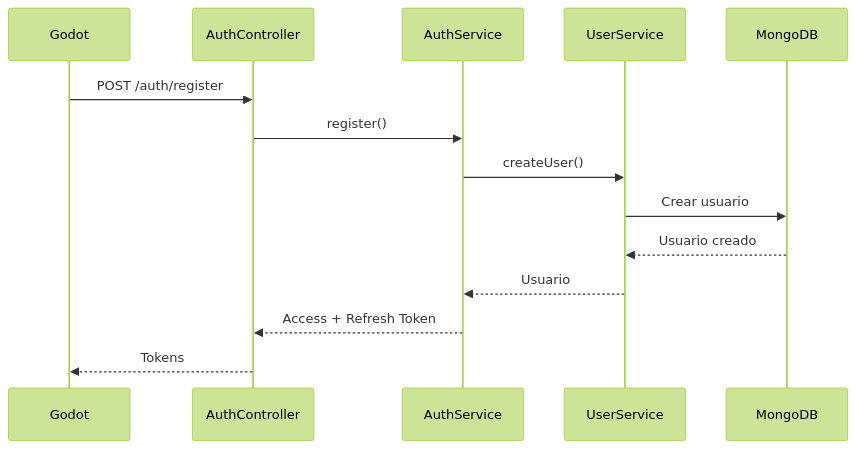
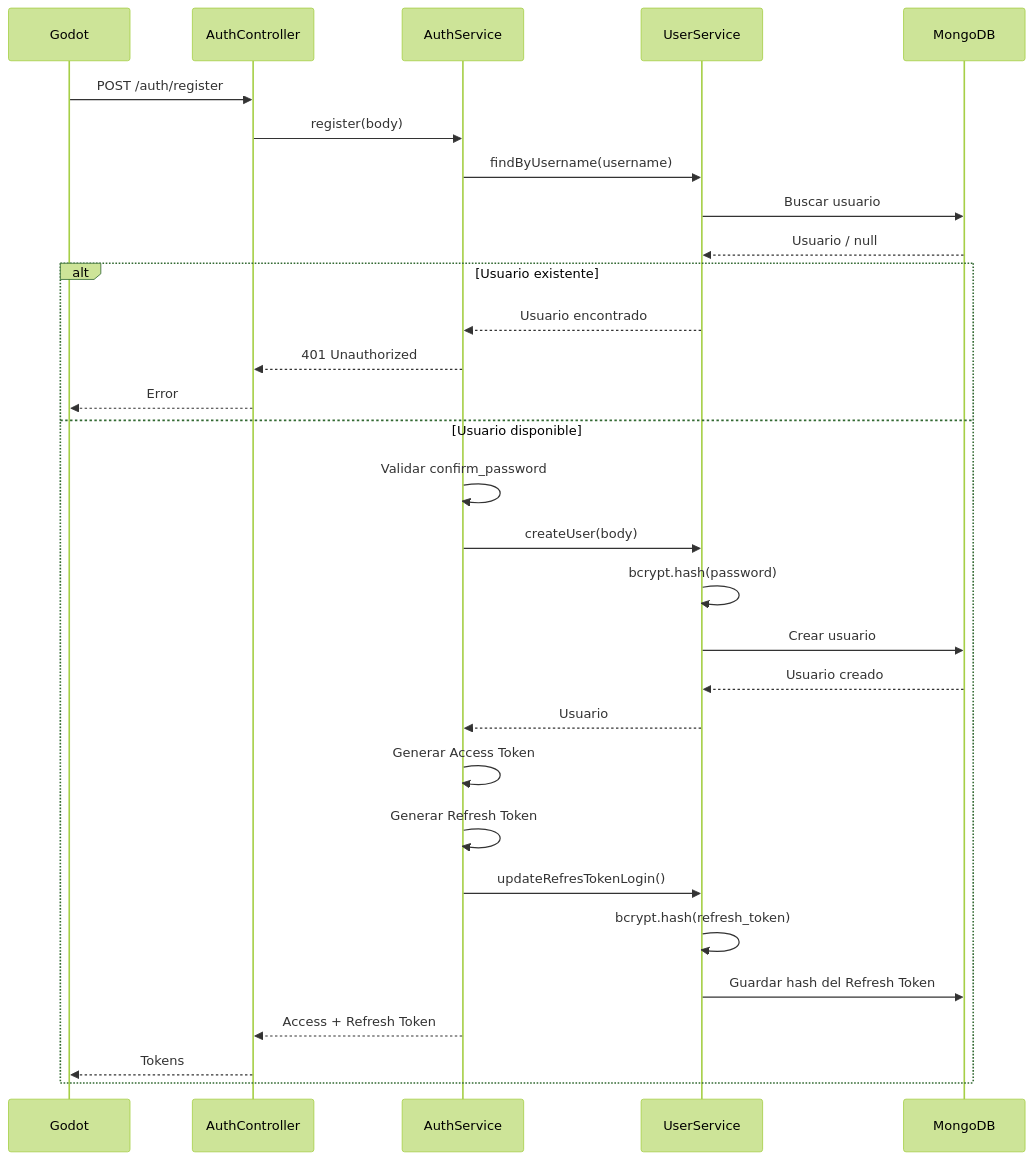
The first of 9 diagrams in README.md (corralwars/CorralWarsBackend), drawn with Mermaid (forest theme) before and after one commit. The commit also changed other lines of this file and 7 other files, not shown here.

Commit message:
feat: implement refresh token functionality and update authentication flow

````diff
--- a/README.md
+++ b/README.md
@@ -284,17 +299,36 @@
 ```mermaid
 sequenceDiagram
     participant G as Godot
     participant C as AuthController
     participant S as AuthService
     participant U as UserService
     participant DB as MongoDB
 
     G->>C: POST /auth/register
-    C->>S: register()
-    S->>U: createUser()
-    U->>DB: Crear usuario
-    DB-->>U: Usuario creado
-    U-->>S: Usuario
-    S-->>C: Access + Refresh Token
-    C-->>G: Tokens
+    C->>S: register(body)
+    S->>U: findByUsername(username)
+    U->>DB: Buscar usuario
+    DB-->>U: Usuario / null
+
+    alt Usuario existente
+        U-->>S: Usuario encontrado
+        S-->>C: 401 Unauthorized
+        C-->>G: Error
+    else Usuario disponible
+        S->>S: Validar confirm_password
+        S->>U: createUser(body)
+        U->>U: bcrypt.hash(password)
+        U->>DB: Crear usuario
+        DB-->>U: Usuario creado
+        U-->>S: Usuario
+
+        S->>S: Generar Access Token
+        S->>S: Generar Refresh Token
+        S->>U: updateRefresTokenLogin()
+        U->>U: bcrypt.hash(refresh_token)
+        U->>DB: Guardar hash del Refresh Token
+
+        S-->>C: Access + Refresh Token
+        C-->>G: Tokens
+    end
 ```
````
